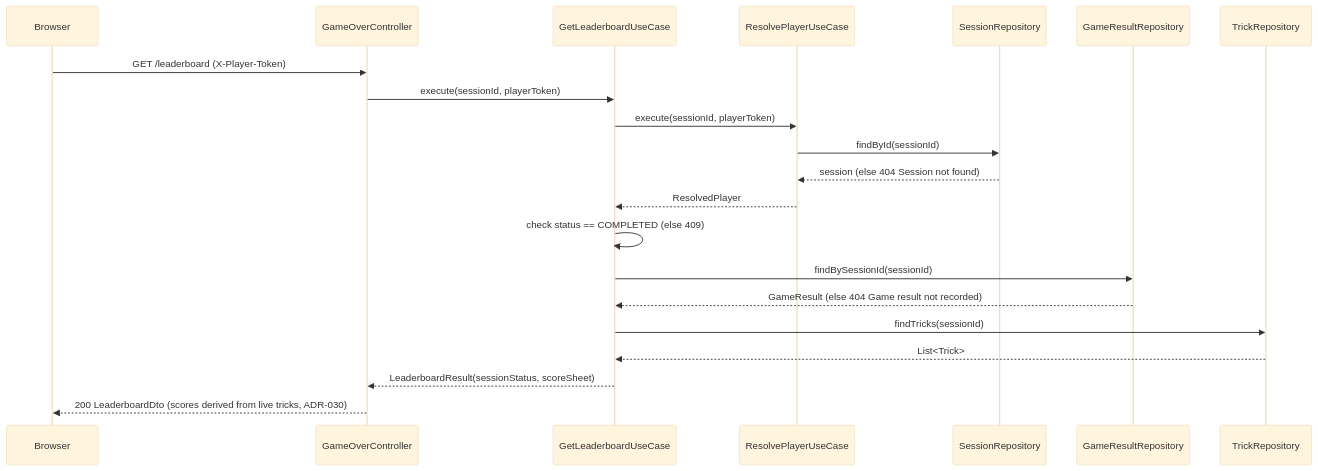
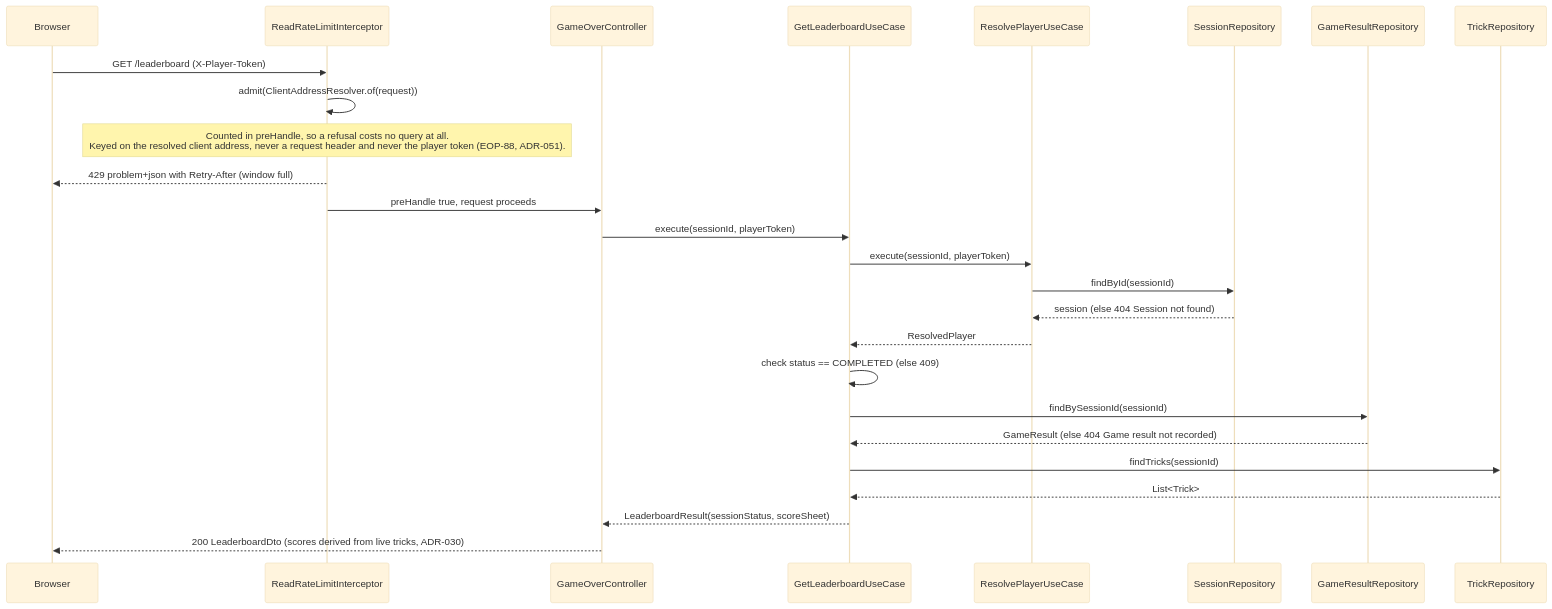
One commit to maglez/eop-threat-medeling changed diagram 11 of 12 in docs/architecture/runtime-view.md. Above: the diagram before and after it, drawn with Mermaid (base theme). The commit also changed other lines of this file and 16 other files, not shown here.

````diff
--- a/docs/architecture/runtime-view.md
+++ b/docs/architecture/runtime-view.md
@@ -1217,24 +1222,29 @@
 ```mermaid
 sequenceDiagram
     participant Browser
+    participant ReadRateLimitInterceptor
     participant GameOverController
     participant GetLeaderboardUseCase
     participant ResolvePlayerUseCase
     participant SessionRepository
     participant GameResultRepository
     participant TrickRepository
 
-    Browser->>GameOverController: GET /leaderboard (X-Player-Token)
+    Browser->>ReadRateLimitInterceptor: GET /leaderboard (X-Player-Token)
+    ReadRateLimitInterceptor->>ReadRateLimitInterceptor: admit(ClientAddressResolver.of(request))
+    Note over ReadRateLimitInterceptor: Counted in preHandle, so a refusal costs no query at all.<br/>Keyed on the resolved client address, never a request header and never the player token (EOP-88, ADR-051).
+    ReadRateLimitInterceptor-->>Browser: 429 problem+json with Retry-After (window full)
+    ReadRateLimitInterceptor->>GameOverController: preHandle true, request proceeds
     GameOverController->>GetLeaderboardUseCase: execute(sessionId, playerToken)
     GetLeaderboardUseCase->>ResolvePlayerUseCase: execute(sessionId, playerToken)
     ResolvePlayerUseCase->>SessionRepository: findById(sessionId)
     SessionRepository-->>ResolvePlayerUseCase: session (else 404 Session not found)
     ResolvePlayerUseCase-->>GetLeaderboardUseCase: ResolvedPlayer
     GetLeaderboardUseCase->>GetLeaderboardUseCase: check status == COMPLETED (else 409)
     GetLeaderboardUseCase->>GameResultRepository: findBySessionId(sessionId)
     GameResultRepository-->>GetLeaderboardUseCase: GameResult (else 404 Game result not recorded)
     GetLeaderboardUseCase->>TrickRepository: findTricks(sessionId)
     TrickRepository-->>GetLeaderboardUseCase: List<Trick>
     GetLeaderboardUseCase-->>GameOverController: LeaderboardResult(sessionStatus, scoreSheet)
     GameOverController-->>Browser: 200 LeaderboardDto (scores derived from live tricks, ADR-030)
 ```
````
